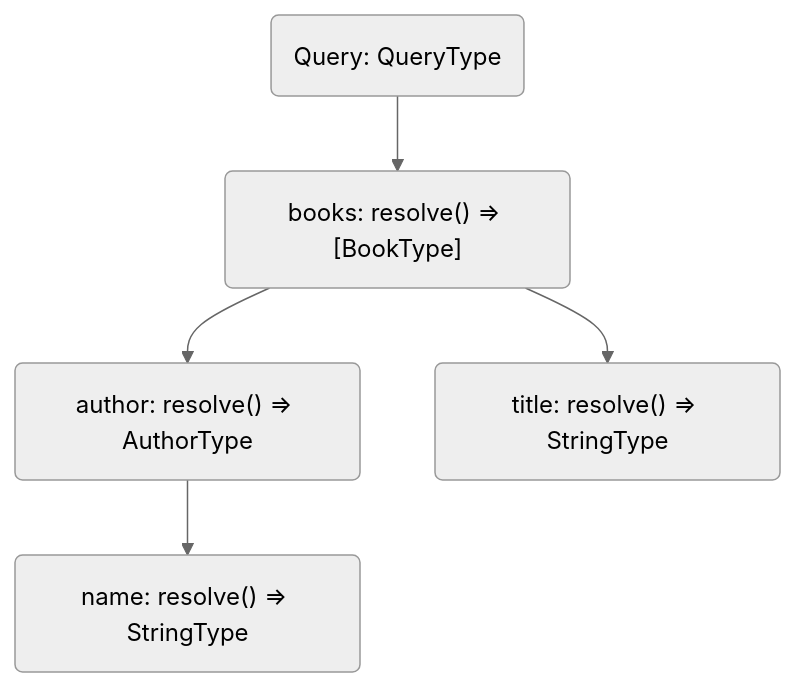
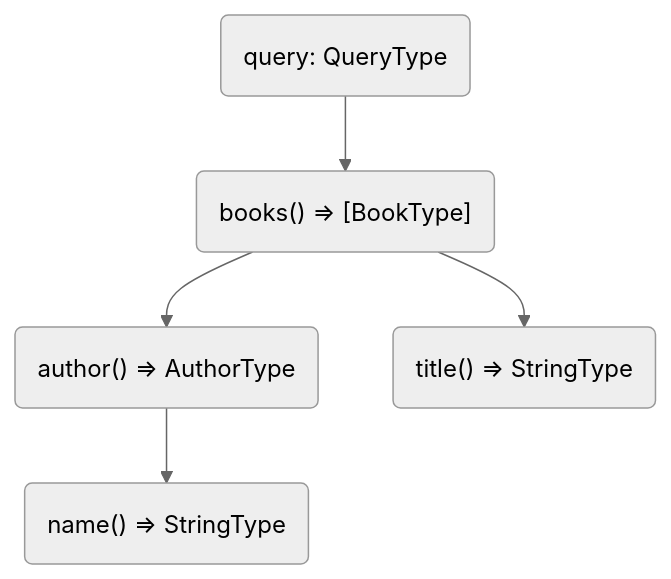
Before and after one commit to ChilliCream/graphql-platform: the second of 3 diagrams in website/src/docs/hotchocolate/fetching-data/index.md, drawn with Mermaid (neutral theme). The commit also changed other lines of this file and 5 other files, not shown here.

Commit message:
Proceeded with resolver docu and fixed a mermaid bug

````diff
--- a/website/src/docs/hotchocolate/fetching-data/index.md
+++ b/website/src/docs/hotchocolate/fetching-data/index.md
@@ -41,7 +42,7 @@
 ```mermaid
 graph TD
-  A(Query: QueryType) --> B("books: resolve() => [BookType]")
-  B --> C("author: resolve() => AuthorType")
-  B --> D("title: resolve() => StringType")
-  C --> E("name: resolve() => StringType")
+  A(query: QueryType) --> B("books() => [BookType]")
+  B --> C("author() => AuthorType")
+  B --> D("title() => StringType")
+  C --> E("name() => StringType")
 ```
````
